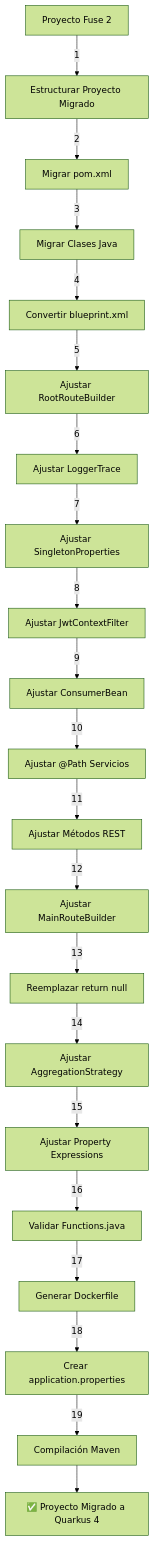
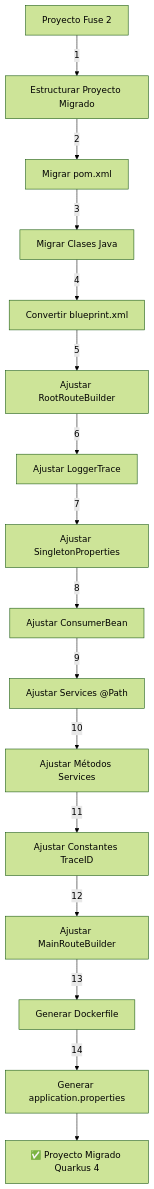
Before and after one commit to fonchero/architerco: the diagram in README.md, drawn with Mermaid (forest theme). The commit also changed other lines of this file and 11 other files, not shown here.

````diff
--- a/README.md
+++ b/README.md
@@ -76,23 +71,18 @@
 ```mermaid
 graph TD
   A[Proyecto Fuse 2] -->|1| B[Estructurar Proyecto Migrado]
   B -->|2| C[Migrar pom.xml]
   C -->|3| D[Migrar Clases Java]
   D -->|4| E[Convertir blueprint.xml]
   E -->|5| F[Ajustar RootRouteBuilder]
   F -->|6| G[Ajustar LoggerTrace]
   G -->|7| H[Ajustar SingletonProperties]
-  H -->|8| I[Ajustar JwtContextFilter]
-  I -->|9| J[Ajustar ConsumerBean]
-  J -->|10| K[Ajustar @Path Servicios]
-  K -->|11| L[Ajustar Métodos REST]
+  H -->|8| I[Ajustar ConsumerBean]
+  I -->|9| J[Ajustar Services @Path]
+  J -->|10| K[Ajustar Métodos Services]
+  K -->|11| L[Ajustar Constantes TraceID]
   L -->|12| M[Ajustar MainRouteBuilder]
-  M -->|13| N[Reemplazar return null]
-  N -->|14| O[Ajustar AggregationStrategy]
-  O -->|15| P[Ajustar Property Expressions]
-  P -->|16| Q[Validar Functions.java]
-  Q -->|17| R[Generar Dockerfile]
-  R -->|18| S[Crear application.properties]
-  S -->|19| T[Compilación Maven]
-  T --> U[✅ Proyecto Migrado a Quarkus 4]
+  M -->|13| N[Generar Dockerfile]
+  N -->|14| O[Generar application.properties]
+  O --> P[✅ Proyecto Migrado Quarkus 4]
 ```
````
